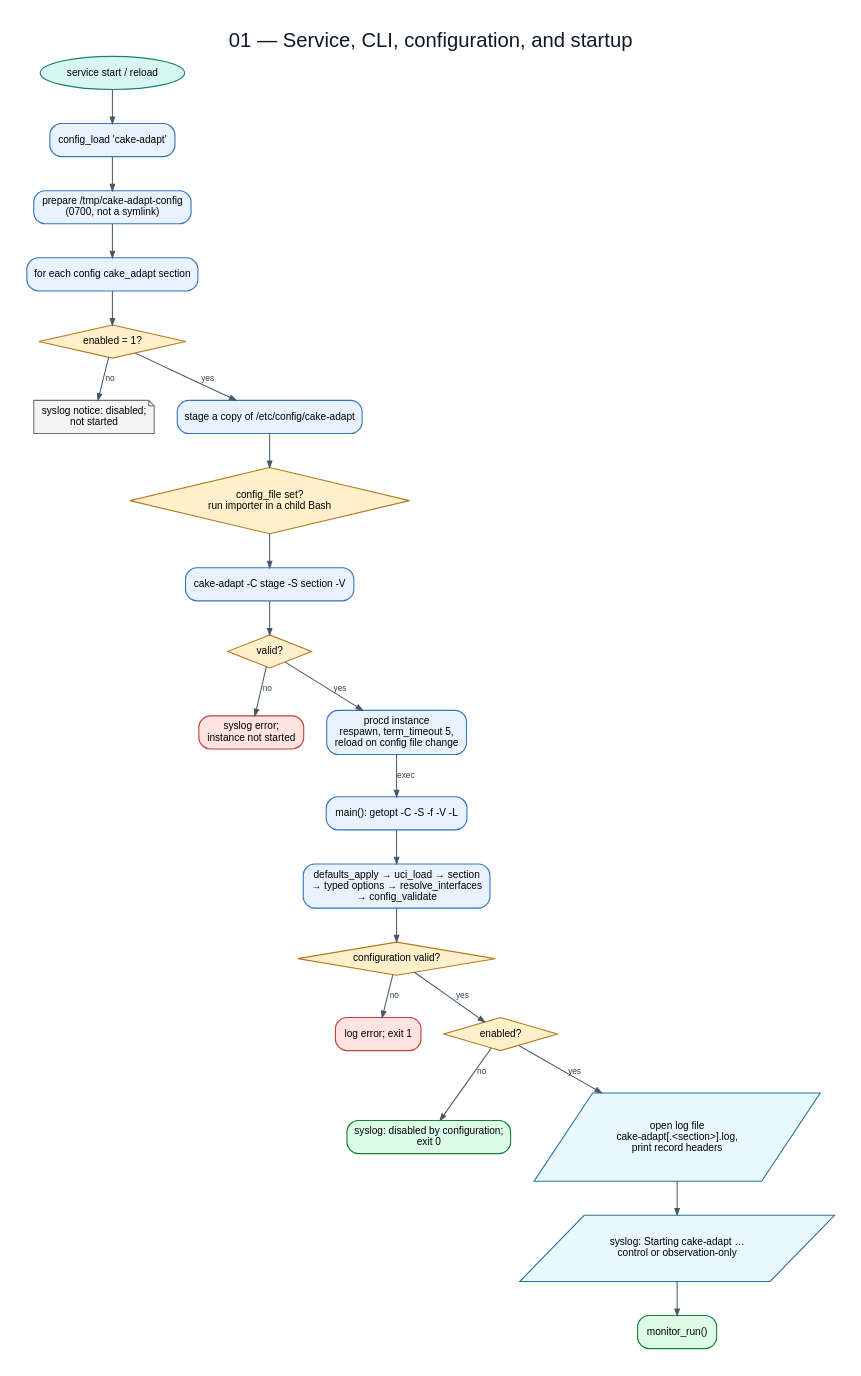
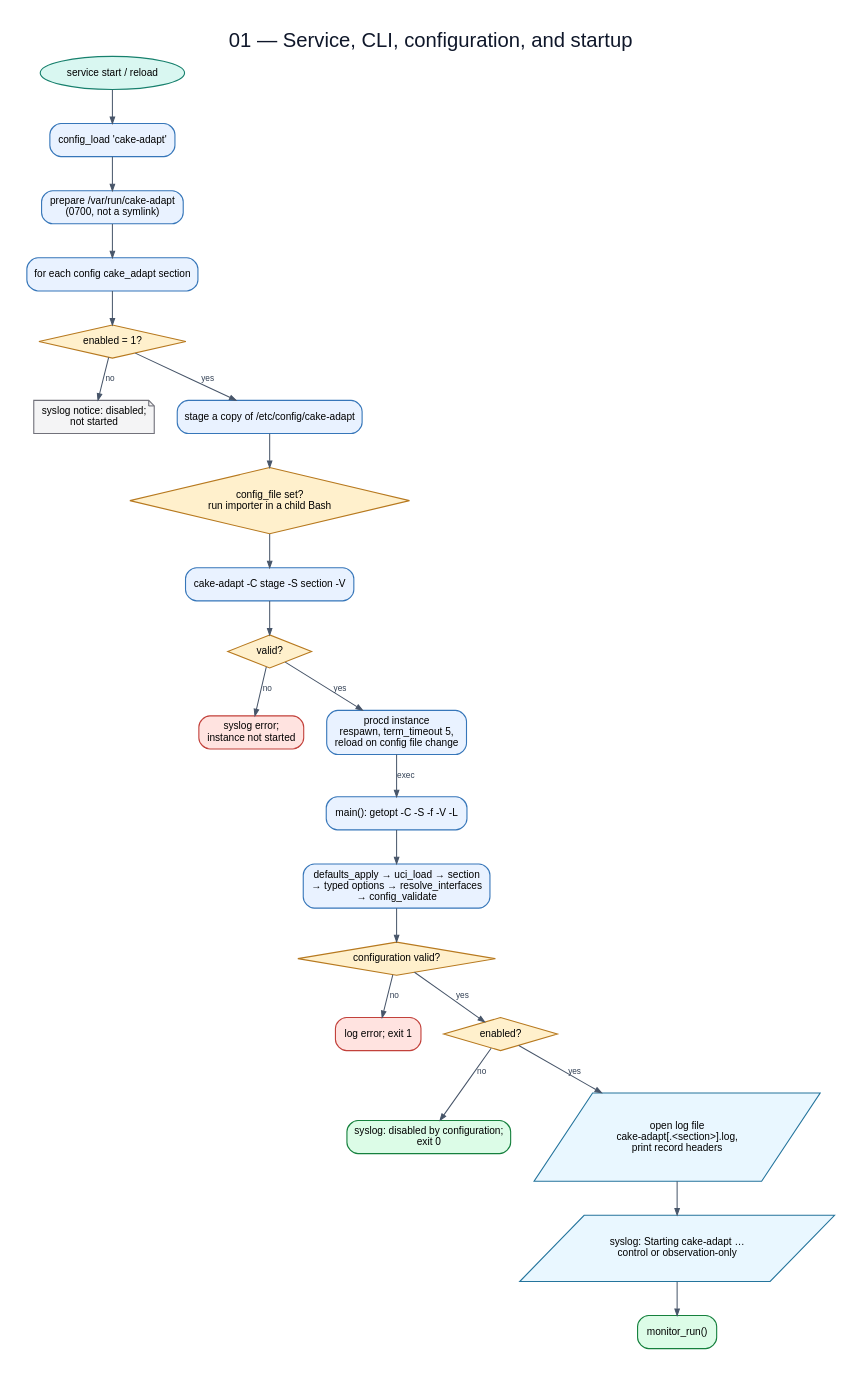
The diagram in flowchart/diagrams/01-startup-config.dot (huydoan94/cake-adapt), drawn with Graphviz before and after one commit. The commit also changed 4 other files, not shown here.

Commit message:
flowchart: runtime file and UCI-wins import

```diff
--- a/flowchart/diagrams/01-startup-config.dot
+++ b/flowchart/diagrams/01-startup-config.dot
@@ -1,46 +1,46 @@
 digraph G {
   graph [rankdir=TB,bgcolor="white",pad="0.30",nodesep="0.35",ranksep="0.48",splines=polyline,fontname="Arial",label="01 — Service, CLI, configuration, and startup",labelloc=t,fontsize=22,fontcolor="#0f172a"];
   node [fontname="Arial",fontsize=11,margin="0.14,0.09",penwidth=1.2];
   edge [fontname="Arial",fontsize=9,color="#475569",fontcolor="#334155",arrowsize=0.7,penwidth=1.1];
   start [label="service start / reload",shape=oval,style="filled",fillcolor="#d9f7f1",color="#17806d"];
   load [label="config_load 'cake-adapt'",shape=box,style="rounded,filled",fillcolor="#e9f2ff",color="#3676b9"];
-  runtime [label="prepare /tmp/cake-adapt-config\n(0700, not a symlink)",shape=box,style="rounded,filled",fillcolor="#e9f2ff",color="#3676b9"];
+  runtime [label="prepare /var/run/cake-adapt\n(0700, not a symlink)",shape=box,style="rounded,filled",fillcolor="#e9f2ff",color="#3676b9"];
   each [label="for each config cake_adapt section",shape=box,style="rounded,filled",fillcolor="#e9f2ff",color="#3676b9"];
   enabled [label="enabled = 1?",shape=diamond,style="filled",fillcolor="#fff0cc",color="#b7791f"];
   skip [label="syslog notice: disabled;\nnot started",shape=note,style="filled",fillcolor="#f4f4f5",color="#71717a"];
   stage [label="stage a copy of /etc/config/cake-adapt",shape=box,style="rounded,filled",fillcolor="#e9f2ff",color="#3676b9"];
   import [label="config_file set?\nrun importer in a child Bash",shape=diamond,style="filled",fillcolor="#fff0cc",color="#b7791f"];
   validate [label="cake-adapt -C stage -S section -V",shape=box,style="rounded,filled",fillcolor="#e9f2ff",color="#3676b9"];
   valid [label="valid?",shape=diamond,style="filled",fillcolor="#fff0cc",color="#b7791f"];
   reject [label="syslog error;\ninstance not started",shape=box,style="rounded,filled",fillcolor="#ffe3e0",color="#c2413b"];
   procd [label="procd instance\nrespawn, term_timeout 5,\nreload on config file change",shape=box,style="rounded,filled",fillcolor="#e9f2ff",color="#3676b9"];
   cli [label="main(): getopt -C -S -f -V -L",shape=box,style="rounded,filled",fillcolor="#e9f2ff",color="#3676b9"];
   config [label="defaults_apply → uci_load → section\n→ typed options → resolve_interfaces\n→ config_validate",shape=box,style="rounded,filled",fillcolor="#e9f2ff",color="#3676b9"];
   configok [label="configuration valid?",shape=diamond,style="filled",fillcolor="#fff0cc",color="#b7791f"];
   fail [label="log error; exit 1",shape=box,style="rounded,filled",fillcolor="#ffe3e0",color="#c2413b"];
   denabled [label="enabled?",shape=diamond,style="filled",fillcolor="#fff0cc",color="#b7791f"];
   disabled [label="syslog: disabled by configuration;\nexit 0",shape=box,style="rounded,filled,bold",fillcolor="#dcfce7",color="#15803d"];
   logs [label="open log file\ncake-adapt[.<section>].log,\nprint record headers",shape=parallelogram,style="filled",fillcolor="#e9f7ff",color="#24749c"];
   mode [label="syslog: Starting cake-adapt …\ncontrol or observation-only",shape=parallelogram,style="filled",fillcolor="#e9f7ff",color="#24749c"];
   run [label="monitor_run()",shape=box,style="rounded,filled,bold",fillcolor="#dcfce7",color="#15803d"];
   start -> load;
   load -> runtime;
   runtime -> each;
   each -> enabled;
   enabled -> skip [label="no"];
   enabled -> stage [label="yes"];
   stage -> import;
   import -> validate;
   validate -> valid;
   valid -> reject [label="no"];
   valid -> procd [label="yes"];
   procd -> cli [label="exec"];
   cli -> config;
   config -> configok;
   configok -> fail [label="no"];
   configok -> denabled [label="yes"];
   denabled -> disabled [label="no"];
   denabled -> logs [label="yes"];
   logs -> mode;
   mode -> run;
 }
```
